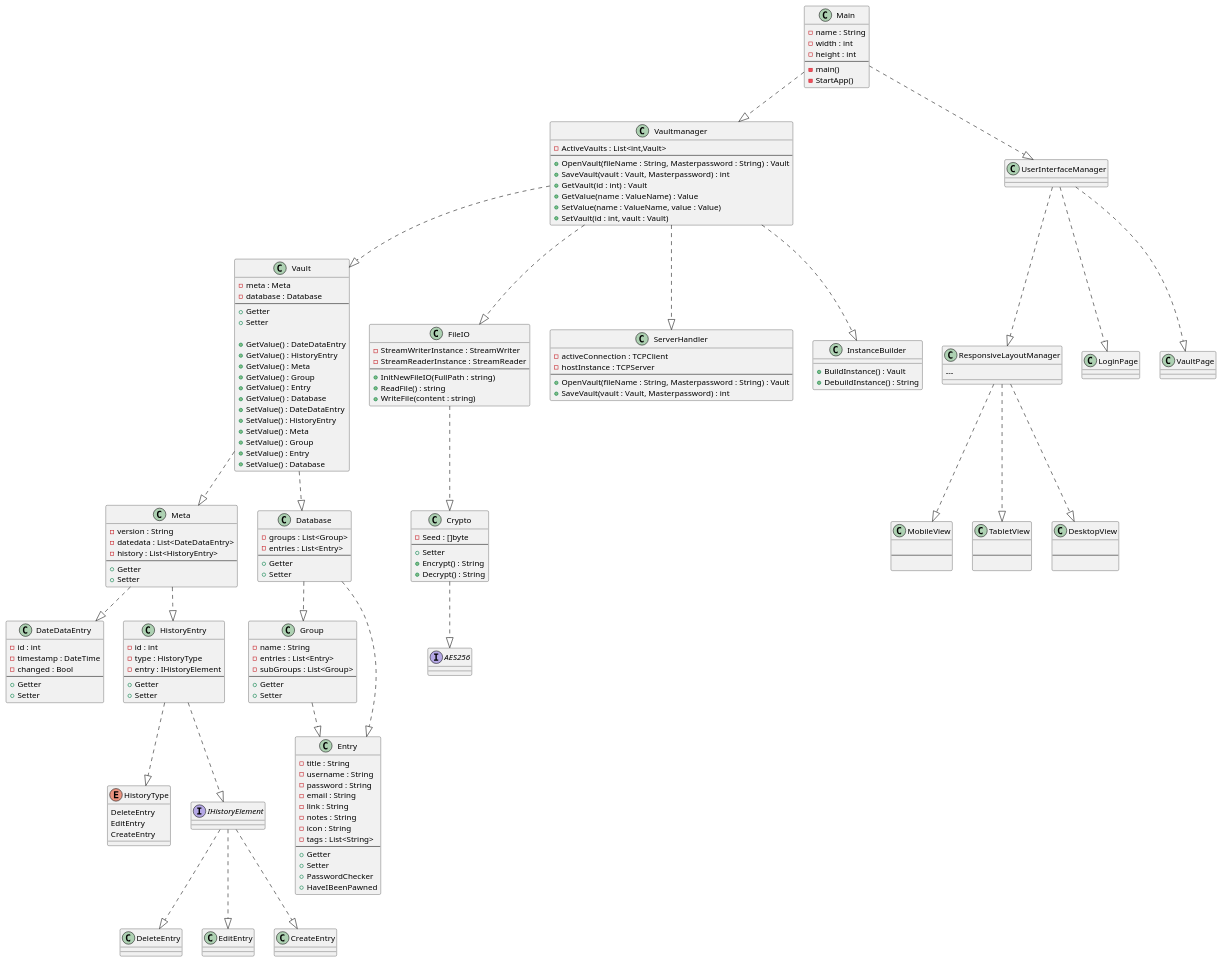
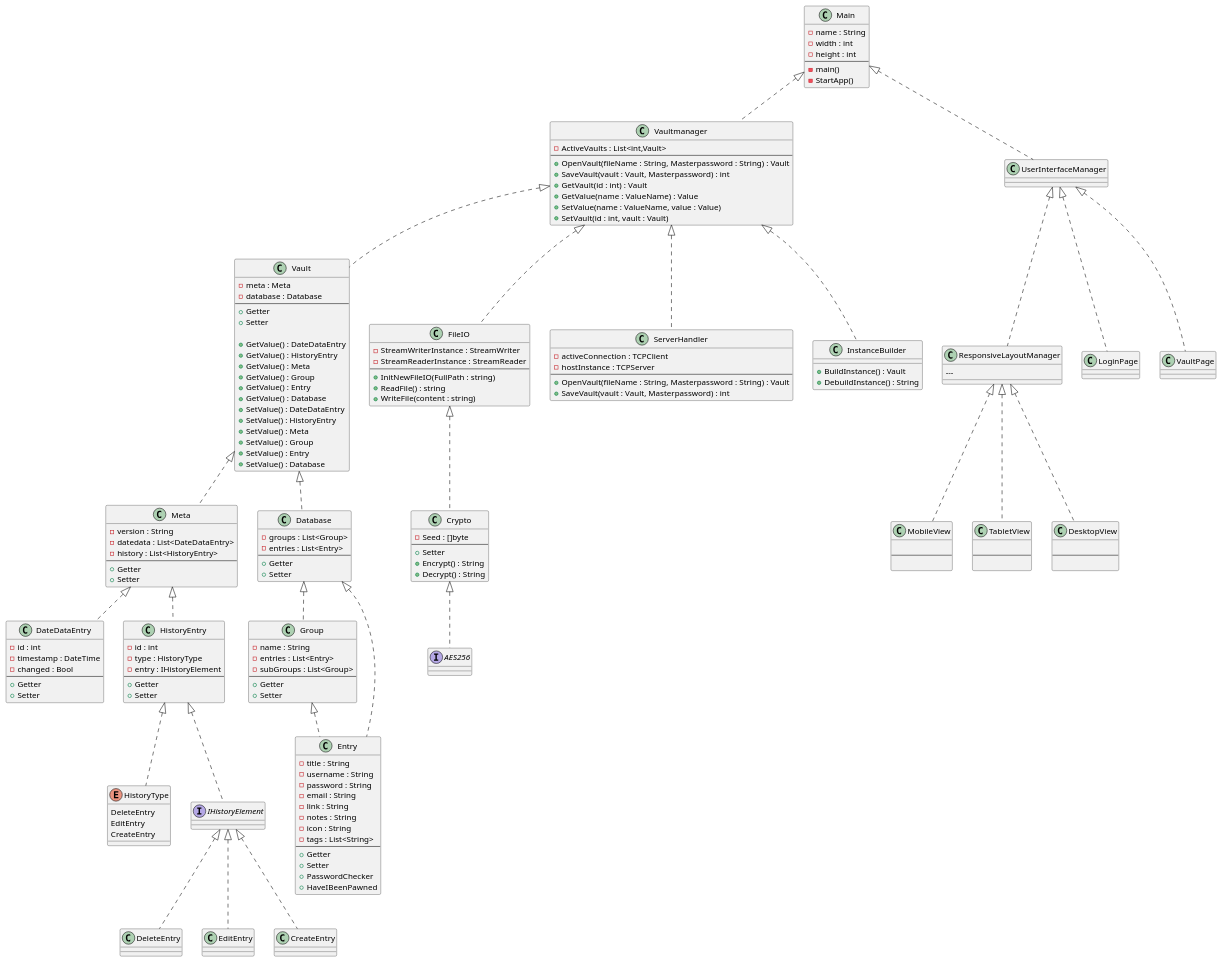
Before and after one commit to rogue4u/SWEP-Passwordmanager: the diagram in docs/ClassDiagram.plantuml, drawn with PlantUML.

```diff
--- a/docs/ClassDiagram.plantuml
+++ b/docs/ClassDiagram.plantuml
@@ -3,193 +3,193 @@
 @startuml ClassDiagram
 
-Main ..|> Vaultmanager
-Main ..|> UserInterfaceManager
+Main <|.. Vaultmanager
+Main <|.. UserInterfaceManager
 class Main {
     - name : String
     - width : int
     - height : int
     ---
     - main()
     - StartApp()
 }
 
-Vault ..|> Meta
-Vault ..|> Database
+Vault <|.. Meta
+Vault <|.. Database
 class Vault {
     - meta : Meta
     - database : Database
     ---
     + Getter
     + Setter
 
     + GetValue() : DateDataEntry
     + GetValue() : HistoryEntry
     + GetValue() : Meta
     + GetValue() : Group
     + GetValue() : Entry
     + GetValue() : Database
     + SetValue() : DateDataEntry
     + SetValue() : HistoryEntry
     + SetValue() : Meta
     + SetValue() : Group
     + SetValue() : Entry
     + SetValue() : Database
 }
 
-Meta ..|> DateDataEntry
-Meta ..|> HistoryEntry
+Meta <|.. DateDataEntry
+Meta <|.. HistoryEntry
 class Meta {
     - version : String
     - datedata : List<DateDataEntry>
     - history : List<HistoryEntry>
     ---
     + Getter
     + Setter
 }
 
 class DateDataEntry {
     - id : int
     - timestamp : DateTime
     - changed : Bool
     ---
     + Getter
     + Setter
 }
-HistoryEntry ..|> HistoryType
-HistoryEntry ..|> IHistoryElement
+HistoryEntry <|.. HistoryType
+HistoryEntry <|.. IHistoryElement
 class HistoryEntry {
     - id : int
     - type : HistoryType
     - entry : IHistoryElement
     ---
     + Getter
     + Setter
 }
 enum HistoryType {
     DeleteEntry
     EditEntry
     CreateEntry
 }
-IHistoryElement ..|> DeleteEntry
-IHistoryElement ..|> EditEntry
-IHistoryElement ..|> CreateEntry
+IHistoryElement <|.. DeleteEntry
+IHistoryElement <|.. EditEntry
+IHistoryElement <|.. CreateEntry
 interface IHistoryElement
 class DeleteEntry
 class EditEntry
 class EditEntry
 
-Database ..|> Group
-Database ..|> Entry
+Database <|.. Group
+Database <|.. Entry
 class Database {
     - groups : List<Group>
     - entries : List<Entry>
     ---
     + Getter
     + Setter
 }
 
-Group ..|> Entry
+Group <|.. Entry
 class Group {
     - name : String
     - entries : List<Entry>
     - subGroups : List<Group>
     ---
     + Getter
     + Setter
 }
 
 class Entry {
     - title : String
     - username : String
     - password : String
     - email : String
     - link : String
     - notes : String
     - icon : String
     - tags : List<String>
     ---
     + Getter
     + Setter
     + PasswordChecker
     + HaveIBeenPawned
 }
 
-Vaultmanager ..|> FileIO
-Vaultmanager ..|> Vault
-Vaultmanager ..|> ServerHandler
-Vaultmanager ..|> InstanceBuilder
+Vaultmanager <|.. FileIO
+Vaultmanager <|.. Vault
+Vaultmanager <|.. ServerHandler
+Vaultmanager <|.. InstanceBuilder
 class Vaultmanager {
     - ActiveVaults : List<int,Vault>
     ---
     + OpenVault(fileName : String, Masterpassword : String) : Vault
     + SaveVault(vault : Vault, Masterpassword) : int
     + GetVault(id : int) : Vault
     + GetValue(name : ValueName) : Value
     + SetValue(name : ValueName, value : Value)
     + SetVault(id : int, vault : Vault)
 }
-FileIO ..|> Crypto
+FileIO <|.. Crypto
 class FileIO {
     - StreamWriterInstance : StreamWriter
     - StreamReaderInstance : StreamReader
     ---
     + InitNewFileIO(FullPath : string)
     + ReadFile() : string
     + WriteFile(content : string)
 }
 
 class ServerHandler {
     - activeConnection : TCPClient
     - hostInstance : TCPServer
     ---
     + OpenVault(fileName : String, Masterpassword : String) : Vault
     + SaveVault(vault : Vault, Masterpassword) : int
 }
 
 class InstanceBuilder {
     + BuildInstance() : Vault
     + DebuildInstance() : String
 }
 
-Crypto ..|> AES256
+Crypto <|.. AES256
 class Crypto {
     - Seed : []byte
     ---
     + Setter
     + Encrypt() : String
     + Decrypt() : String
 }
 
 interface AES256 {}
 
-UserInterfaceManager ..|> ResponsiveLayoutManager
-UserInterfaceManager ..|> LoginPage
-UserInterfaceManager ..|> VaultPage
+UserInterfaceManager <|.. ResponsiveLayoutManager
+UserInterfaceManager <|.. LoginPage
+UserInterfaceManager <|.. VaultPage
 class UserInterfaceManager {}
 class LoginPage  {}
 class VaultPage {}
-ResponsiveLayoutManager ..|> MobileView
-ResponsiveLayoutManager ..|> TabletView
-ResponsiveLayoutManager ..|> DesktopView
+ResponsiveLayoutManager <|.. MobileView
+ResponsiveLayoutManager <|.. TabletView
+ResponsiveLayoutManager <|.. DesktopView
 class ResponsiveLayoutManager {
 
     ---
     
 }
 class MobileView {
     
     ---
 
 }
 class TabletView {
     
     ---
 
 }
 class DesktopView {
     
     ---
 
 }
 
 @enduml
```
